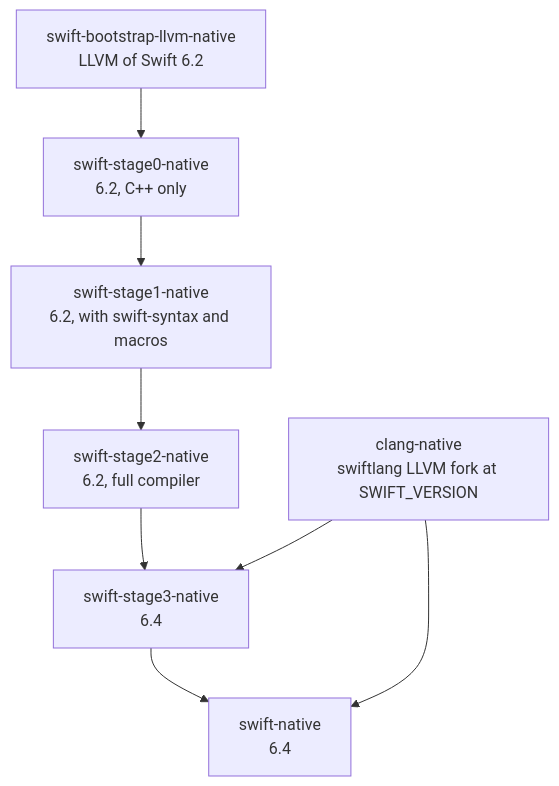
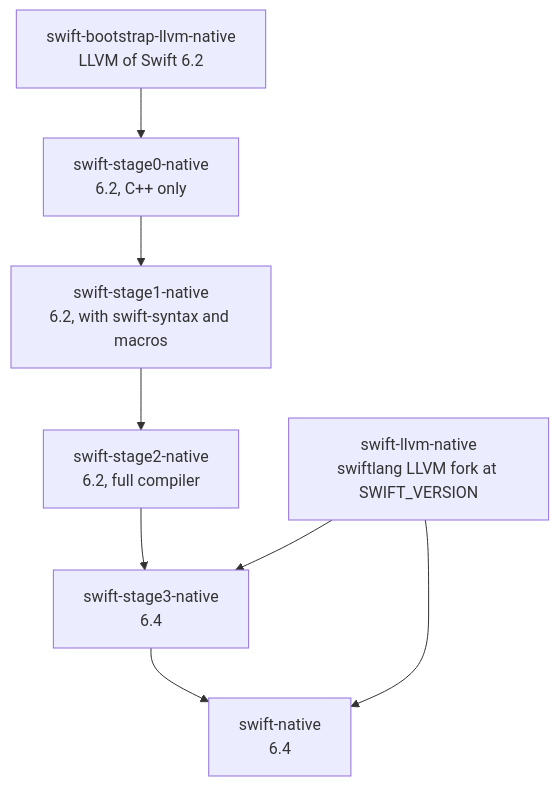
Before and after one commit to nikolaszimmermann/meta-swift: the second of 3 diagrams in README.md, drawn with Mermaid. The commit also changed other lines of this file, not shown here.

First line of the commit message:
README: describe the private LLVM

````diff
--- a/README.md
+++ b/README.md
@@ -104,14 +108,14 @@
 ```mermaid
 flowchart TD
     bllvm["swift-bootstrap-llvm-native<br/>LLVM of Swift 6.2"]
     s0["swift-stage0-native<br/>6.2, C++ only"]
     s1["swift-stage1-native<br/>6.2, with swift-syntax and macros"]
     s2["swift-stage2-native<br/>6.2, full compiler"]
     s3["swift-stage3-native<br/>6.4"]
-    clang["clang-native<br/>swiftlang LLVM fork at SWIFT_VERSION"]
+    clang["swift-llvm-native<br/>swiftlang LLVM fork at SWIFT_VERSION"]
     swift["swift-native<br/>6.4"]
 
     bllvm --> s0 --> s1 --> s2 --> s3 --> swift
     clang --> s3
     clang --> swift
 ```
````
